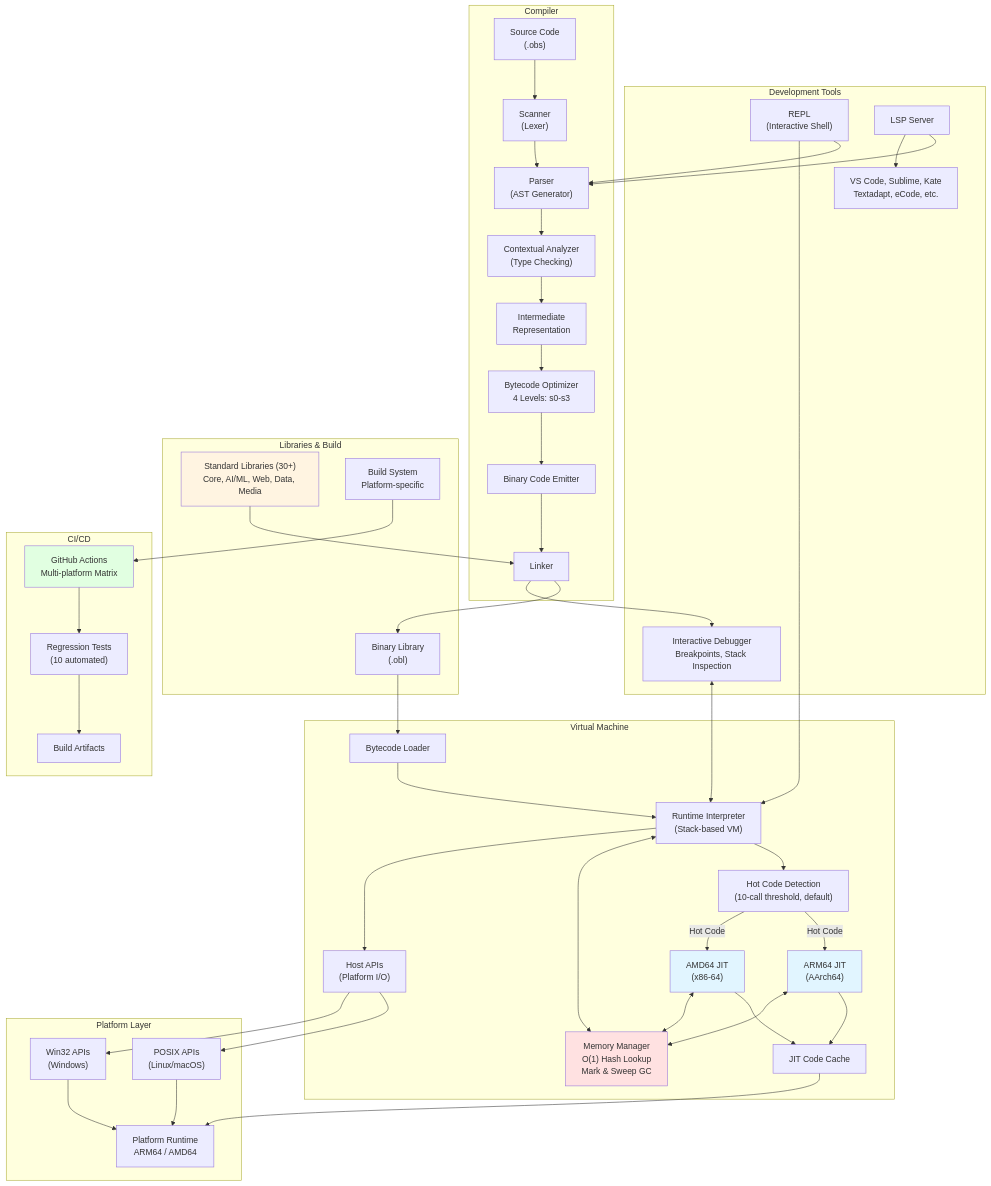
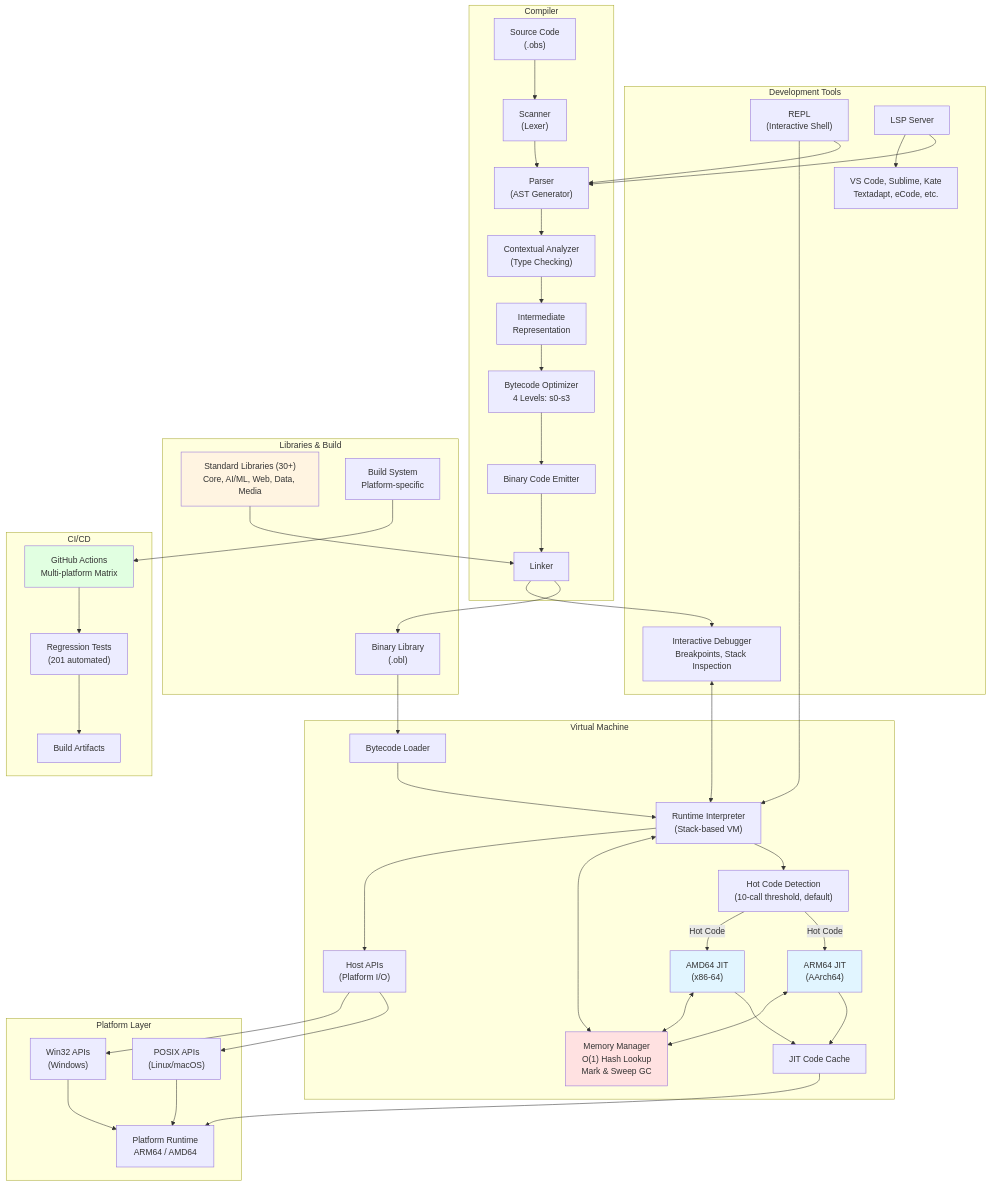
Before and after one commit to objeck/objeck-lang: the first of 27 diagrams in docs/architecture.md, drawn with Mermaid. The commit also changed other lines of this file, not shown here.

```diff
--- a/docs/architecture.md
+++ b/docs/architecture.md
@@ -70,7 +70,7 @@
 
     subgraph "CI/CD"
         GHA["GitHub Actions<br/>Multi-platform Matrix"]
-        Tests["Regression Tests<br/>(10 automated)"]
+        Tests["Regression Tests<br/>(201 automated)"]
         Artifacts["Build Artifacts"]
     end
 
```
